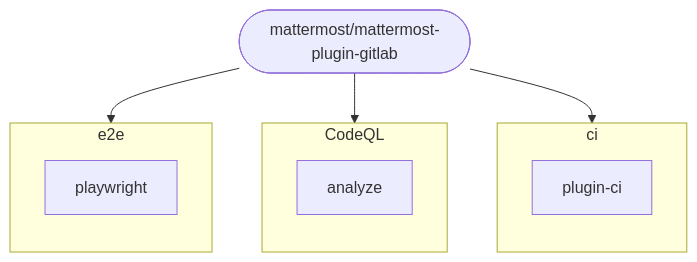
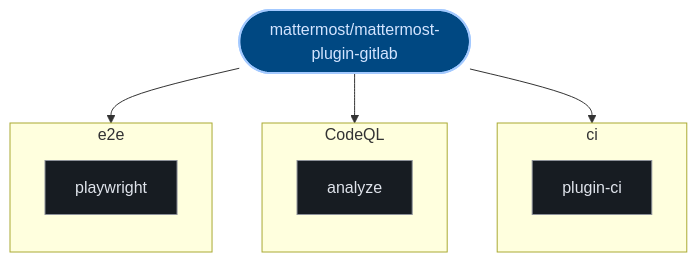
Before and after one commit to kumarshaz/atruss-code-atlas: the third of 3 diagrams in exports/latest/reports/mattermost-mattermost-plugin-gitlab-report.md, drawn with Mermaid. The commit also changed other lines of this file and 331 other files, not shown here.

Commit message:
docs,ui,fix: update SDLC docs, reorder CI/CD DAG first, stylize Mermaid, and fix Arc42 pipeline topology

````diff
--- a/exports/latest/reports/mattermost-mattermost-plugin-gitlab-report.md
+++ b/exports/latest/reports/mattermost-mattermost-plugin-gitlab-report.md
@@ -167,19 +178,26 @@
 ```mermaid
 graph TD;
-  pipeline_root(["mattermost/mattermost-plugin-gitlab"])
+  classDef atlasRoot fill:#004882,stroke:#a3c9ff,stroke-width:2px,color:#d3e4ff
+  classDef atlasCategory fill:#212428,stroke:#E87A48,stroke-width:1.5px,color:#dfe3eb
+  classDef atlasWorkflow fill:#1b2026,stroke:#a3c9ff,stroke-width:1.5px,color:#dfe3eb
+  classDef atlasJob fill:#171c22,stroke:#8d9199,stroke-width:1px,color:#dfe3eb
+  classDef atlasTarget fill:#005227,stroke:#8bd99b,stroke-width:1.5px,color:#a7f6b6
+  classDef atlasAlert fill:#93000a,stroke:#ffb4ab,stroke-width:1.5px,color:#ffdad6
+  classDef atlasMore fill:#252a31,stroke:#8d9199,stroke-dasharray:4 4,color:#c3c6cf
+  pipeline_root(["mattermost/mattermost-plugin-gitlab"]):::atlasRoot
   subgraph ci_0["ci"]
     direction TB
-    0_plugin_ci["plugin-ci"]
+    0_plugin_ci["plugin-ci"]:::atlasJob
   end
   pipeline_root --> 0_plugin_ci
   subgraph CodeQL_1["CodeQL"]
     direction TB
-    1_analyze["analyze"]
+    1_analyze["analyze"]:::atlasJob
   end
   pipeline_root --> 1_analyze
   subgraph e2e_2["e2e"]
     direction TB
-    2_playwright["playwright"]
+    2_playwright["playwright"]:::atlasJob
   end
   pipeline_root --> 2_playwright
 ```
````
